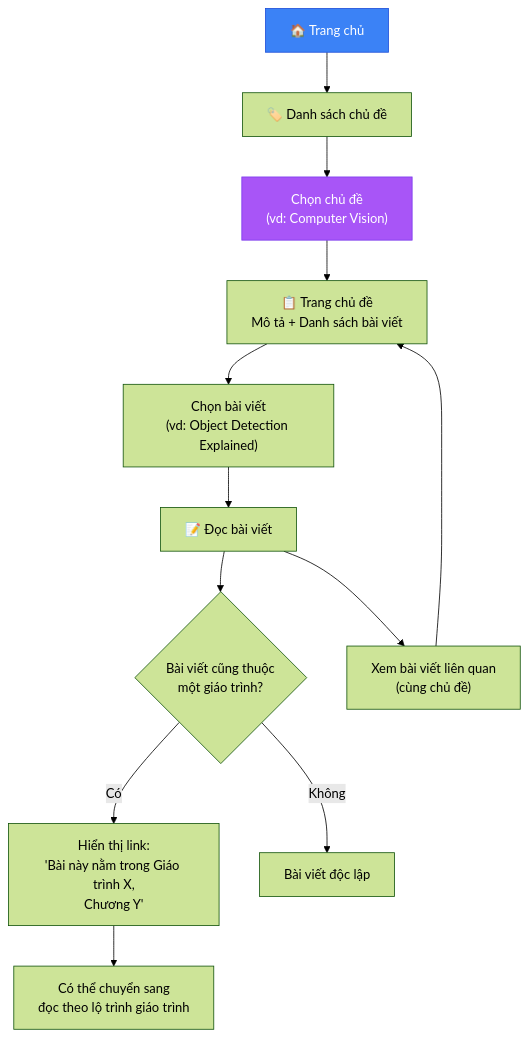
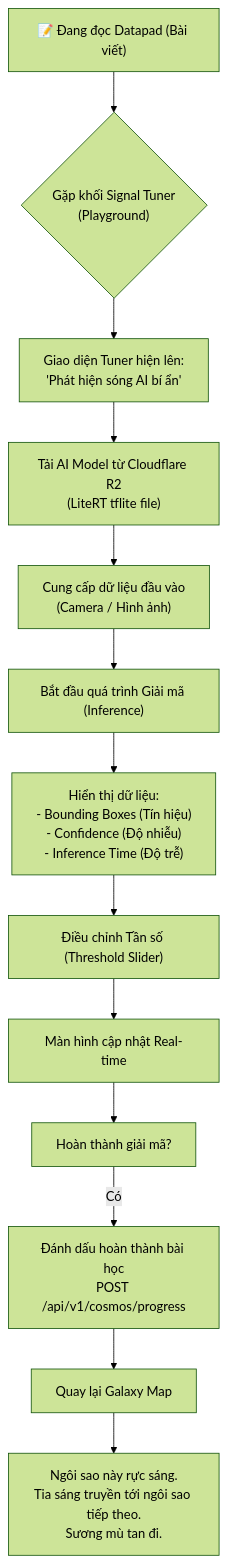
One commit to iAmHieu2012/Sequoia changed the second of 5 diagrams in docs/analysis/user-flows.md. Above: the diagram before and after it, drawn with Mermaid (forest theme). The commit also changed other lines of this file and 20 other files, not shown here.

First line of the commit message:
feat: overhaul architecture to Sci-Fi Cosmos theme and implement backend models

````diff
--- a/docs/analysis/user-flows.md
+++ b/docs/analysis/user-flows.md
@@ -54,19 +42,19 @@
 ```mermaid
 flowchart TD
-    A["🏠 Trang chủ"] --> B["🏷️ Danh sách chủ đề"]
-    B --> C["Chọn chủ đề<br/>(vd: Computer Vision)"]
-    C --> D["📋 Trang chủ đề<br/>Mô tả + Danh sách bài viết"]
-    D --> E["Chọn bài viết<br/>(vd: Object Detection Explained)"]
-    E --> F["📝 Đọc bài viết"]
-    F --> G{"Bài viết cũng thuộc<br/>một giáo trình?"}
+    A["📝 Đang đọc Datapad (Bài viết)"] --> B{"Gặp khối Signal Tuner<br/>(Playground)"}
     
-    G -->|"Có"| H["Hiển thị link:<br/>'Bài này nằm trong Giáo trình X,<br/>Chương Y'"]
-    H --> I["Có thể chuyển sang<br/>đọc theo lộ trình giáo trình"]
-    G -->|"Không"| J["Bài viết độc lập"]
-
-    F --> K["Xem bài viết liên quan<br/>(cùng chủ đề)"]
-    K --> D
-
-    style A fill:#3b82f6,stroke:#1d4ed8,color:#fff
-    style C fill:#a855f7,stroke:#7c3aed,color:#fff
+    B --> C["Giao diện Tuner hiện lên:<br/>'Phát hiện sóng AI bí ẩn'"]
+    C --> D["Tải AI Model từ Cloudflare R2<br/>(LiteRT tflite file)"]
+    D --> E["Cung cấp dữ liệu đầu vào<br/>(Camera / Hình ảnh)"]
+    
+    E --> F["Bắt đầu quá trình Giải mã (Inference)"]
+    F --> G["Hiển thị dữ liệu:<br/>- Bounding Boxes (Tín hiệu)<br/>- Confidence (Độ nhiễu)<br/>- Inference Time (Độ trễ)"]
+    
+    G --> H["Điều chỉnh Tần số (Threshold Slider)"]
+    H --> I["Màn hình cập nhật Real-time"]
+    I --> J["Hoàn thành giải mã?"]
+    
+    J -->|"Có"| K["Đánh dấu hoàn thành bài học<br/>POST /api/v1/cosmos/progress"]
+    K --> L["Quay lại Galaxy Map"]
+    L --> M["Ngôi sao này rực sáng.<br/>Tia sáng truyền tới ngôi sao tiếp theo.<br/>Sương mù tan đi."]
 ```
````
